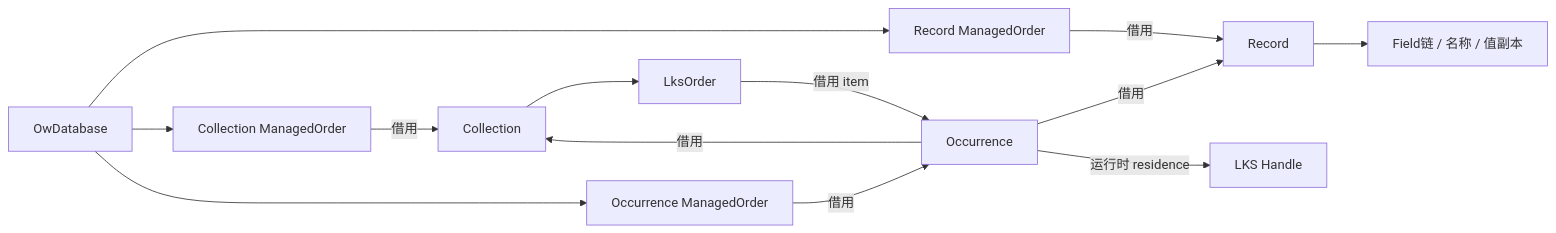
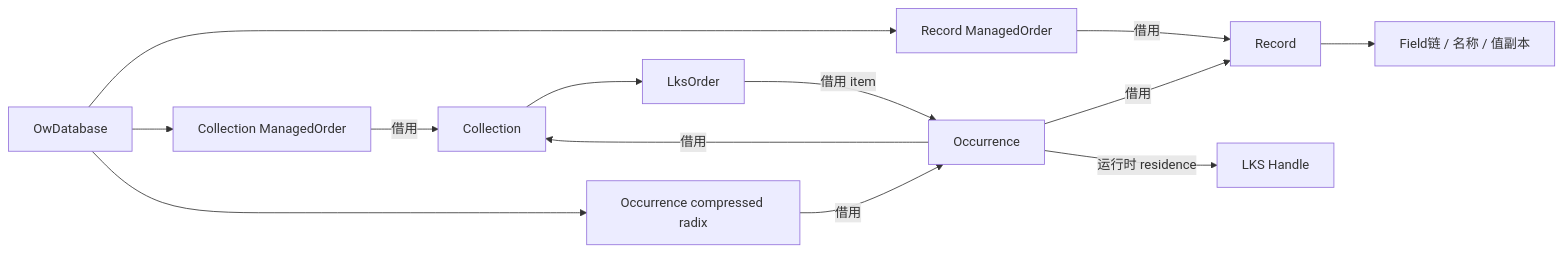
One commit to RXY712200/OrdWeave changed the second of 3 diagrams in docs/IMPLEMENTATION_WALKTHROUGH.zh-CN.md. Above: the diagram before and after it, drawn with Mermaid. The commit also changed other lines of this file and 24 other files, not shown here.

````diff
--- a/docs/IMPLEMENTATION_WALKTHROUGH.zh-CN.md
+++ b/docs/IMPLEMENTATION_WALKTHROUGH.zh-CN.md
@@ -47,15 +45,15 @@
 ```mermaid
 flowchart LR
   DB[OwDatabase] --> RI[Record ManagedOrder]
   DB --> CI[Collection ManagedOrder]
-  DB --> OI[Occurrence ManagedOrder]
+  DB --> OI[Occurrence compressed radix]
   R[Record] --> FL[Field链 / 名称 / 值副本]
   C[Collection] --> LO[LksOrder]
   O[Occurrence] -->|借用| R
   O -->|借用| C
   LO -->|借用 item| O
   O -->|运行时 residence| HH[LKS Handle]
   RI -->|借用| R
   CI -->|借用| C
   OI -->|借用| O
 ```
````
